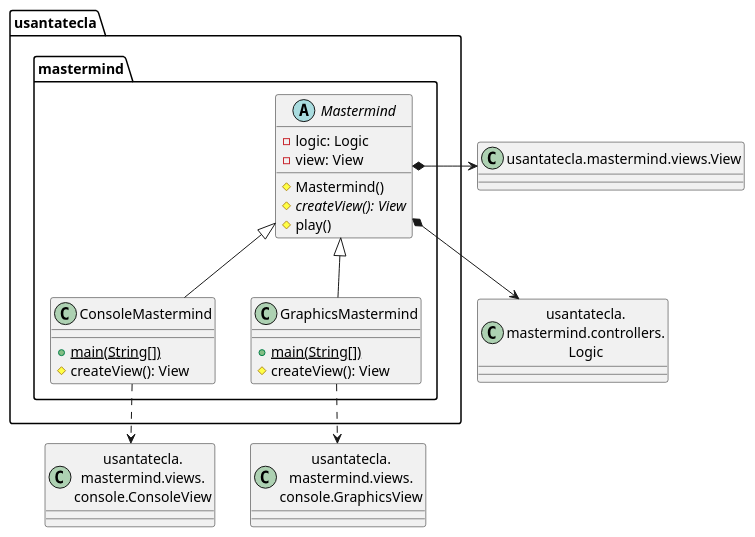
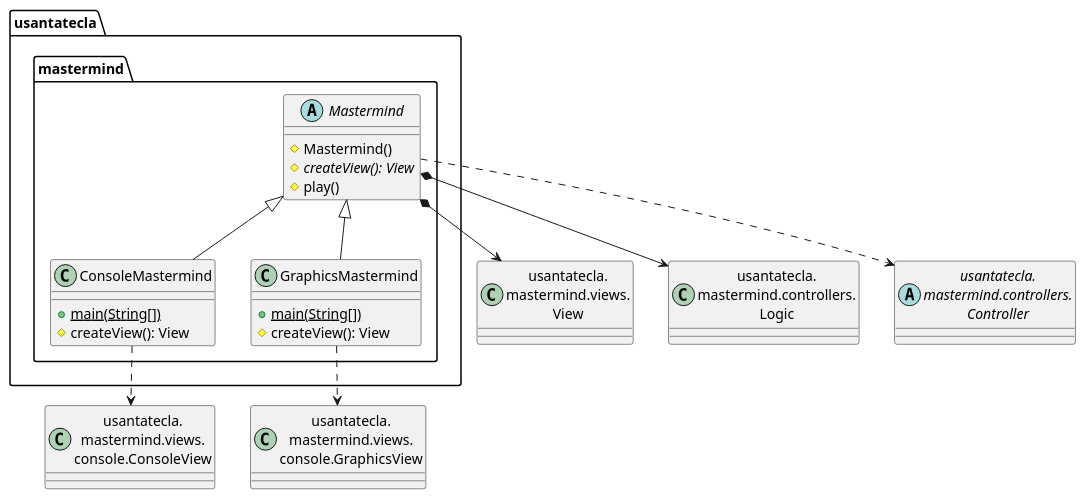
One commit to SantaTecla-mastermind/solution.java.swing.socket.sql changed the first of 7 diagrams in modelViewPresenter/presentationModel/withDoubleDispatching/docs/diagrams/src/paquetes.plantuml. Above: the diagram before and after it, drawn with PlantUML. The commit also changed other lines of this file and 27 other files, not shown here.

Commit message:
[mvp.pm.withDoubleDispatching] Fixed code + diagrams + readme

```diff
--- a/modelViewPresenter/presentationModel/withDoubleDispatching/docs/diagrams/src/paquetes.plantuml
+++ b/modelViewPresenter/presentationModel/withDoubleDispatching/docs/diagrams/src/paquetes.plantuml
@@ -1,35 +1,31 @@
 @startuml mastermind
+class View as "usantatecla.\nmastermind.views.\nView"
 class ConsoleView as "usantatecla.\nmastermind.views.\nconsole.ConsoleView"
 class GraphicsView as "usantatecla.\nmastermind.views.\nconsole.GraphicsView"
 class Logic as "usantatecla.\nmastermind.controllers.\nLogic"
+abstract class Controller as "usantatecla.\nmastermind.controllers.\nController"
 
 class  usantatecla.mastermind.ConsoleMastermind{
-+ {static} main(String[])
-# createView(): View
+    + {static} main(String[])
+    # createView(): View
 }
 usantatecla.mastermind.Mastermind <|-down- usantatecla.mastermind.ConsoleMastermind
+usantatecla.mastermind.ConsoleMastermind .down.> ConsoleView
 
 class  usantatecla.mastermind.GraphicsMastermind{
-+ {static} main(String[])
-# createView(): View
+    + {static} main(String[])
+    # createView(): View
 }
 usantatecla.mastermind.Mastermind <|-down- usantatecla.mastermind.GraphicsMastermind
+usantatecla.mastermind.GraphicsMastermind .down.> GraphicsView
 
 abstract class  usantatecla.mastermind.Mastermind{
-- logic: Logic
-- view: View
-# Mastermind()
-# {abstract} createView(): View
-# play()
+    # Mastermind()
+    # {abstract} createView(): View
+    # play()
 }
-
-class View as "usantatecla.mastermind.views.View" {
-
-
-}
-usantatecla.mastermind.GraphicsMastermind ..> GraphicsView
-usantatecla.mastermind.Mastermind *-> View
-usantatecla.mastermind.ConsoleMastermind ..> ConsoleView
+usantatecla.mastermind.Mastermind *-down-> View
 usantatecla.mastermind.Mastermind *-down-> Logic
+usantatecla.mastermind.Mastermind .down.> Controller
 
 @enduml
```
